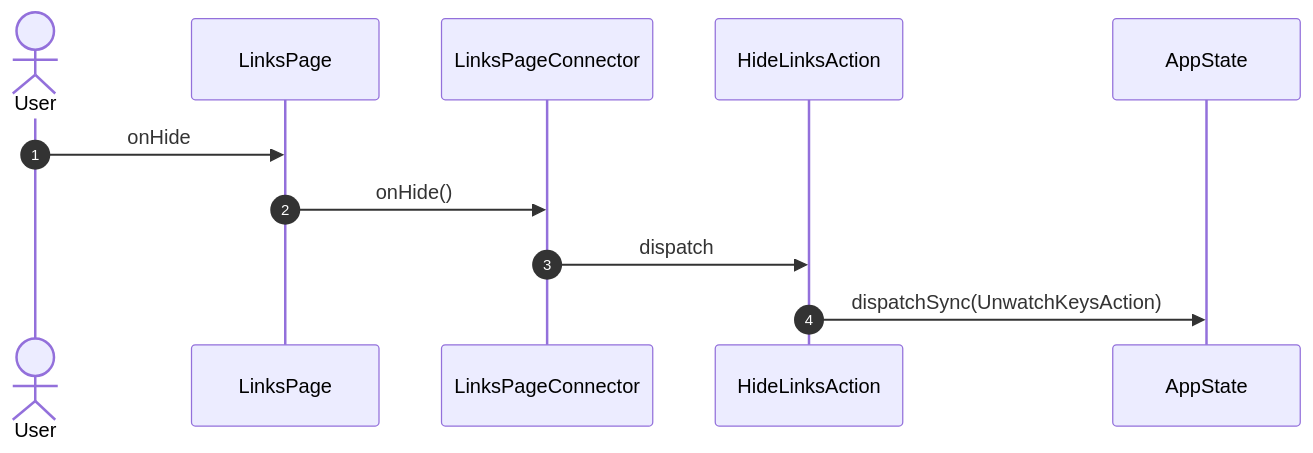
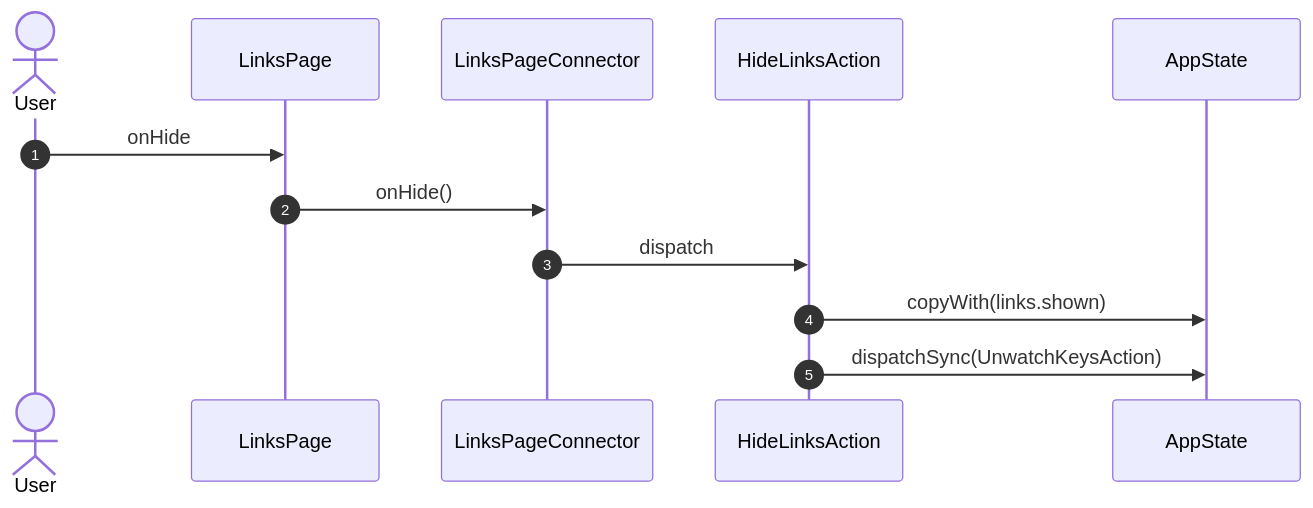
Before and after one commit to gencto/wyrm: the third of 21 diagrams in studio/docs/flows/links.md, drawn with Mermaid. The commit also changed other lines of this file and 19 other files, not shown here.

````diff
--- a/studio/docs/flows/links.md
+++ b/studio/docs/flows/links.md
@@ -46,14 +47,15 @@
 ```mermaid
 sequenceDiagram
     autonumber
     actor User
     participant UI as LinksPage
     participant VM as LinksPageConnector
     participant A1 as HideLinksAction
     participant ST as AppState
 
     User->>UI: onHide
     UI->>VM: onHide()
     VM->>A1: dispatch
+    A1->>ST: copyWith(links.shown)
     A1->>ST: dispatchSync(UnwatchKeysAction)
 ```
````
